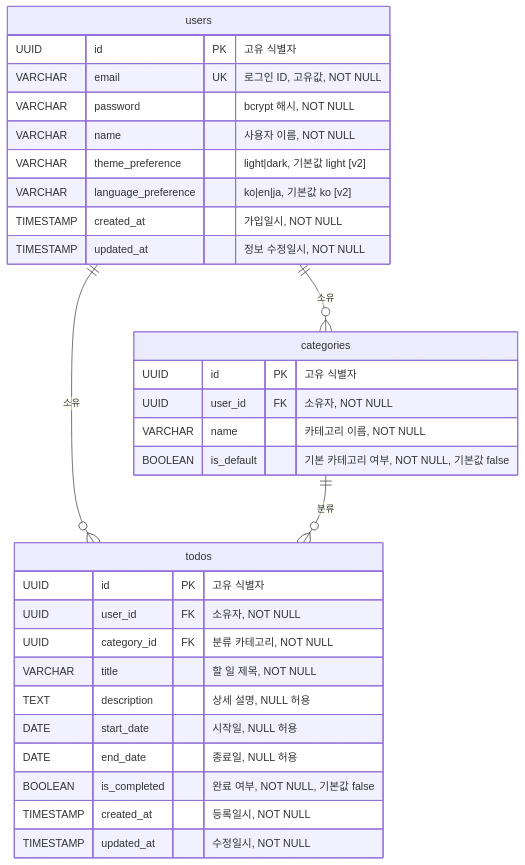
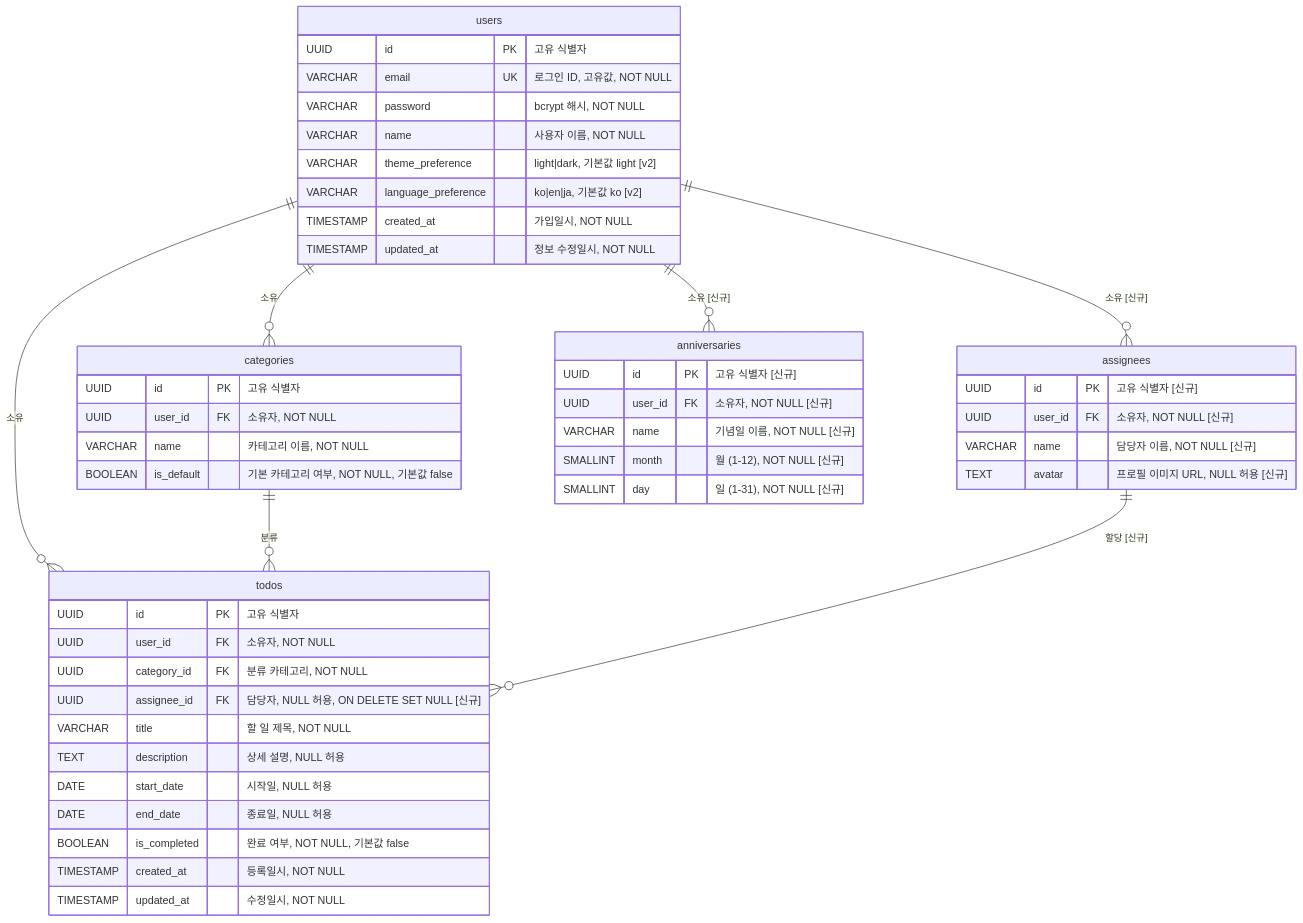
Before and after one commit to sunwoong-data/todolist: the diagram in docs/6-erd.md, drawn with Mermaid. The commit also changed other lines of this file and 15 other files, not shown here.

````diff
--- a/docs/6-erd.md
+++ b/docs/6-erd.md
@@ -22,37 +24,56 @@
 ```mermaid
 erDiagram
     users {
         UUID id PK "고유 식별자"
         VARCHAR email UK "로그인 ID, 고유값, NOT NULL"
         VARCHAR password "bcrypt 해시, NOT NULL"
         VARCHAR name "사용자 이름, NOT NULL"
         VARCHAR theme_preference "light|dark, 기본값 light [v2]"
         VARCHAR language_preference "ko|en|ja, 기본값 ko [v2]"
         TIMESTAMP created_at "가입일시, NOT NULL"
         TIMESTAMP updated_at "정보 수정일시, NOT NULL"
     }
 
     categories {
         UUID id PK "고유 식별자"
         UUID user_id FK "소유자, NOT NULL"
         VARCHAR name "카테고리 이름, NOT NULL"
         BOOLEAN is_default "기본 카테고리 여부, NOT NULL, 기본값 false"
     }
 
     todos {
         UUID id PK "고유 식별자"
         UUID user_id FK "소유자, NOT NULL"
         UUID category_id FK "분류 카테고리, NOT NULL"
+        UUID assignee_id FK "담당자, NULL 허용, ON DELETE SET NULL [신규]"
         VARCHAR title "할 일 제목, NOT NULL"
         TEXT description "상세 설명, NULL 허용"
         DATE start_date "시작일, NULL 허용"
         DATE end_date "종료일, NULL 허용"
         BOOLEAN is_completed "완료 여부, NOT NULL, 기본값 false"
         TIMESTAMP created_at "등록일시, NOT NULL"
         TIMESTAMP updated_at "수정일시, NOT NULL"
     }
 
+    assignees {
+        UUID id PK "고유 식별자 [신규]"
+        UUID user_id FK "소유자, NOT NULL [신규]"
+        VARCHAR name "담당자 이름, NOT NULL [신규]"
+        TEXT avatar "프로필 이미지 URL, NULL 허용 [신규]"
+    }
+
+    anniversaries {
+        UUID id PK "고유 식별자 [신규]"
+        UUID user_id FK "소유자, NOT NULL [신규]"
+        VARCHAR name "기념일 이름, NOT NULL [신규]"
+        SMALLINT month "월 (1-12), NOT NULL [신규]"
+        SMALLINT day "일 (1-31), NOT NULL [신규]"
+    }
+
     users ||--o{ categories : "소유"
     users ||--o{ todos : "소유"
+    users ||--o{ assignees : "소유 [신규]"
+    users ||--o{ anniversaries : "소유 [신규]"
     categories ||--o{ todos : "분류"
+    assignees ||--o{ todos : "할당 [신규]"
 ```
````
